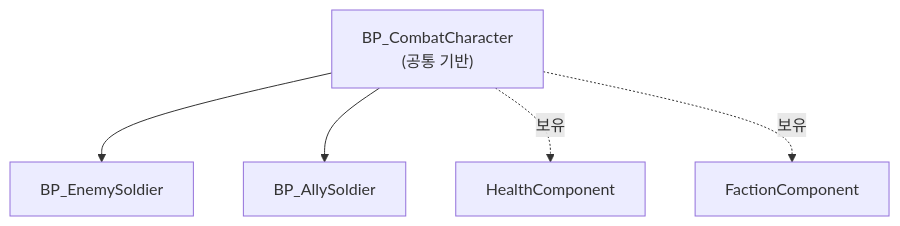
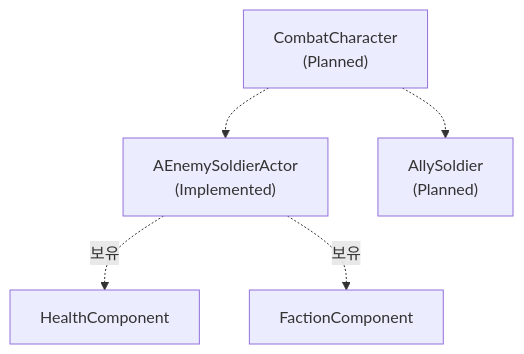
Before and after one commit to jihoon-c/SuwonSiegeContestVR: the sixth of 9 diagrams in docs/ARCHITECTURE.md, drawn with Mermaid. The commit also changed other lines of this file and 281 other files, not shown here.

````diff
--- a/docs/ARCHITECTURE.md
+++ b/docs/ARCHITECTURE.md
@@ -333,13 +333,13 @@
 ```mermaid
 graph TD
-    CC["BP_CombatCharacter<br/>(공통 기반)"]
-    E["BP_EnemySoldier"]
-    A["BP_AllySoldier"]
+    CC["CombatCharacter<br/>(Planned)"]
+    E["AEnemySoldierActor<br/>(Implemented)"]
+    A["AllySoldier<br/>(Planned)"]
     HC["HealthComponent"]
     FC["FactionComponent"]
 
-    CC --> E
-    CC --> A
-    CC -.->|"보유"| HC
-    CC -.->|"보유"| FC
+    E -.->|"보유"| HC
+    E -.->|"보유"| FC
+    CC -.-> E
+    CC -.-> A
 ```
````
